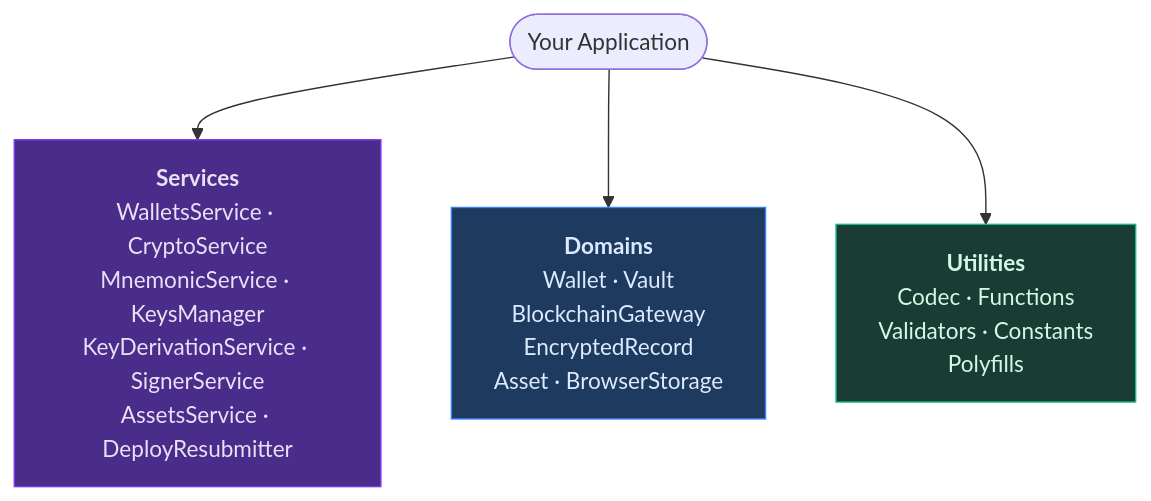
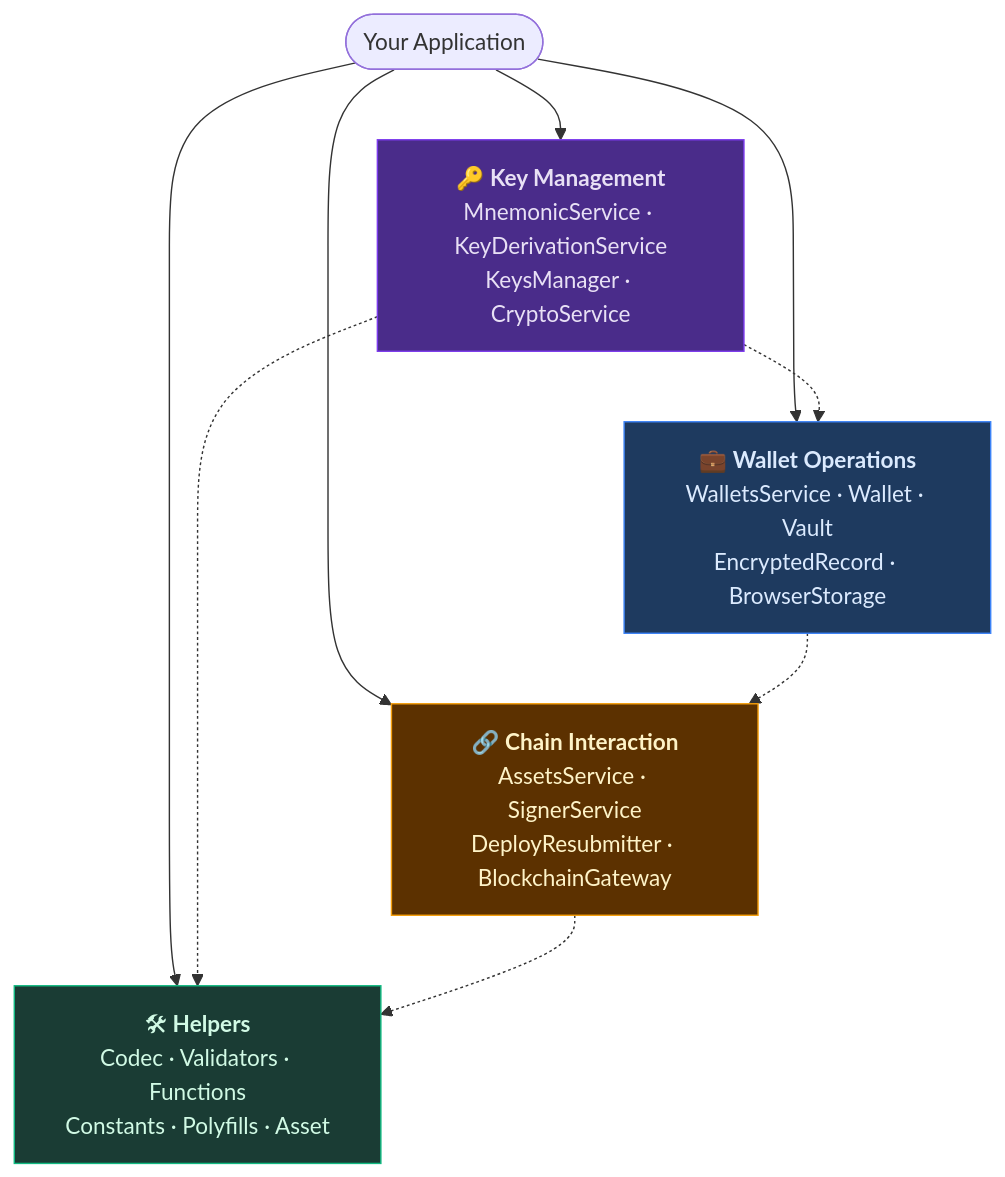
The fourth of 5 diagrams in wallet-sdk/overview/index.md (asi-alliance/asi-chain-docs-portal), drawn with Mermaid before and after one commit. The commit also changed other lines of this file, not shown here.

Commit message:
[AS-571] Improve Module Architecture diagram variations

````diff
--- a/wallet-sdk/overview/index.md
+++ b/wallet-sdk/overview/index.md
@@ -131,12 +180,18 @@
 ```mermaid
 flowchart TB
     A(["Your Application"])
 
-    A --> S["<b>Services</b><br/>WalletsService · CryptoService<br/>MnemonicService · KeysManager<br/>KeyDerivationService · SignerService<br/>AssetsService · DeployResubmitter"]
-    A --> D["<b>Domains</b><br/>Wallet · Vault<br/>BlockchainGateway<br/>EncryptedRecord<br/>Asset · BrowserStorage"]
-    A --> U["<b>Utilities</b><br/>Codec · Functions<br/>Validators · Constants<br/>Polyfills"]
+    A --> KM["🔑 <b>Key Management</b><br/>MnemonicService · KeyDerivationService<br/>KeysManager · CryptoService"]
+    A --> WO["💼 <b>Wallet Operations</b><br/>WalletsService · Wallet · Vault<br/>EncryptedRecord · BrowserStorage"]
+    A --> CI["🔗 <b>Chain Interaction</b><br/>AssetsService · SignerService<br/>DeployResubmitter · BlockchainGateway"]
+    A --> UT["🛠 <b>Helpers</b><br/>Codec · Validators · Functions<br/>Constants · Polyfills · Asset"]
 
-    style S fill:#4a2c8a,stroke:#7c3aed,color:#e8e0f5
-    style D fill:#1e3a5f,stroke:#3b82f6,color:#dbeafe
-    style U fill:#1a3c34,stroke:#10b981,color:#d1fae5
+    KM -.-> WO -.-> CI
+    KM -.-> UT
+    CI -.-> UT
+
+    style KM fill:#4a2c8a,stroke:#7c3aed,color:#e8e0f5
+    style WO fill:#1e3a5f,stroke:#3b82f6,color:#dbeafe
+    style CI fill:#5c3100,stroke:#f59e0b,color:#fef3c7
+    style UT fill:#1a3c34,stroke:#10b981,color:#d1fae5
 ```
````
